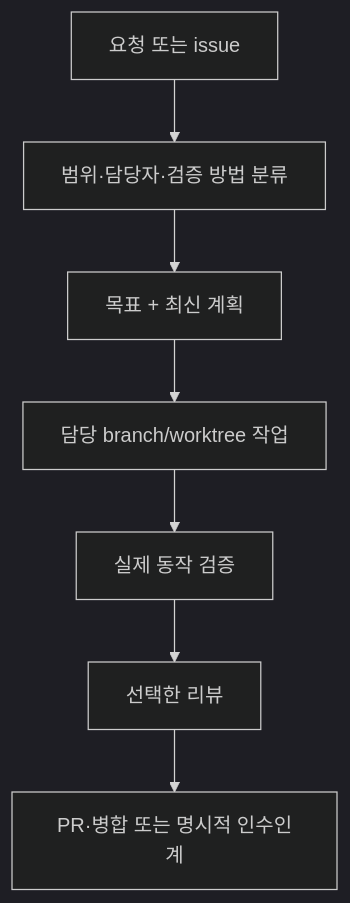
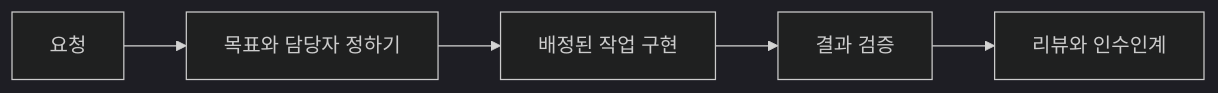
The diagram in README.ko.md (eunsoogi/codexy), drawn with Mermaid (dark theme) before and after one commit. The commit also changed other lines of this file and 1 other file, not shown here.

````diff
--- a/README.ko.md
+++ b/README.ko.md
@@ -185,9 +117,7 @@
 ```mermaid
-flowchart TD
-    request["요청 또는 issue"] --> classify["범위·담당자·검증 방법 분류"]
-    classify --> plan["목표 + 최신 계획"]
-    plan --> work["담당 branch/worktree 작업"]
-    work --> verify["실제 동작 검증"]
-    verify --> review["선택한 리뷰"]
-    review --> finish["PR·병합 또는 명시적 인수인계"]
+flowchart LR
+    request["요청"] --> goal["목표와 담당자 정하기"]
+    goal --> work["배정된 작업 구현"]
+    work --> verify["결과 검증"]
+    verify --> handoff["리뷰와 인수인계"]
 ```
````
